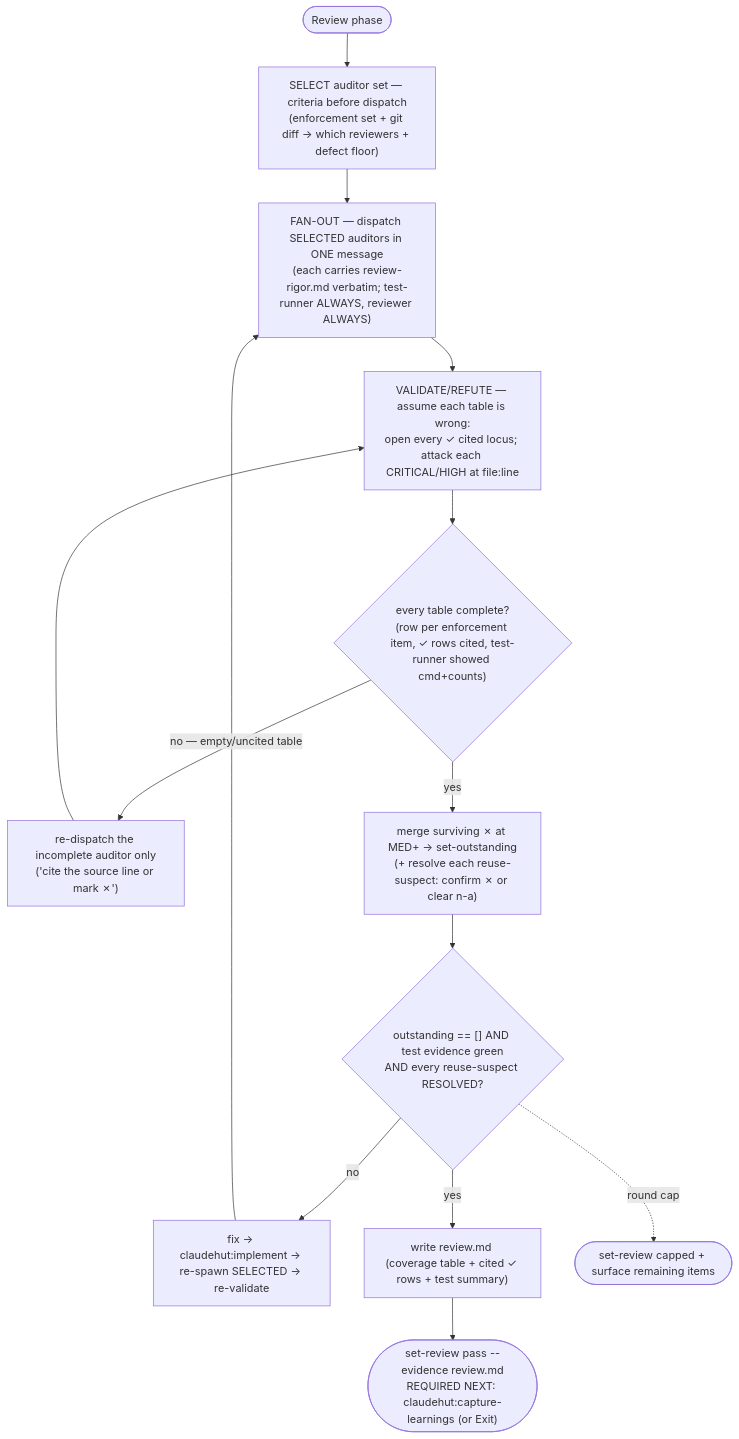
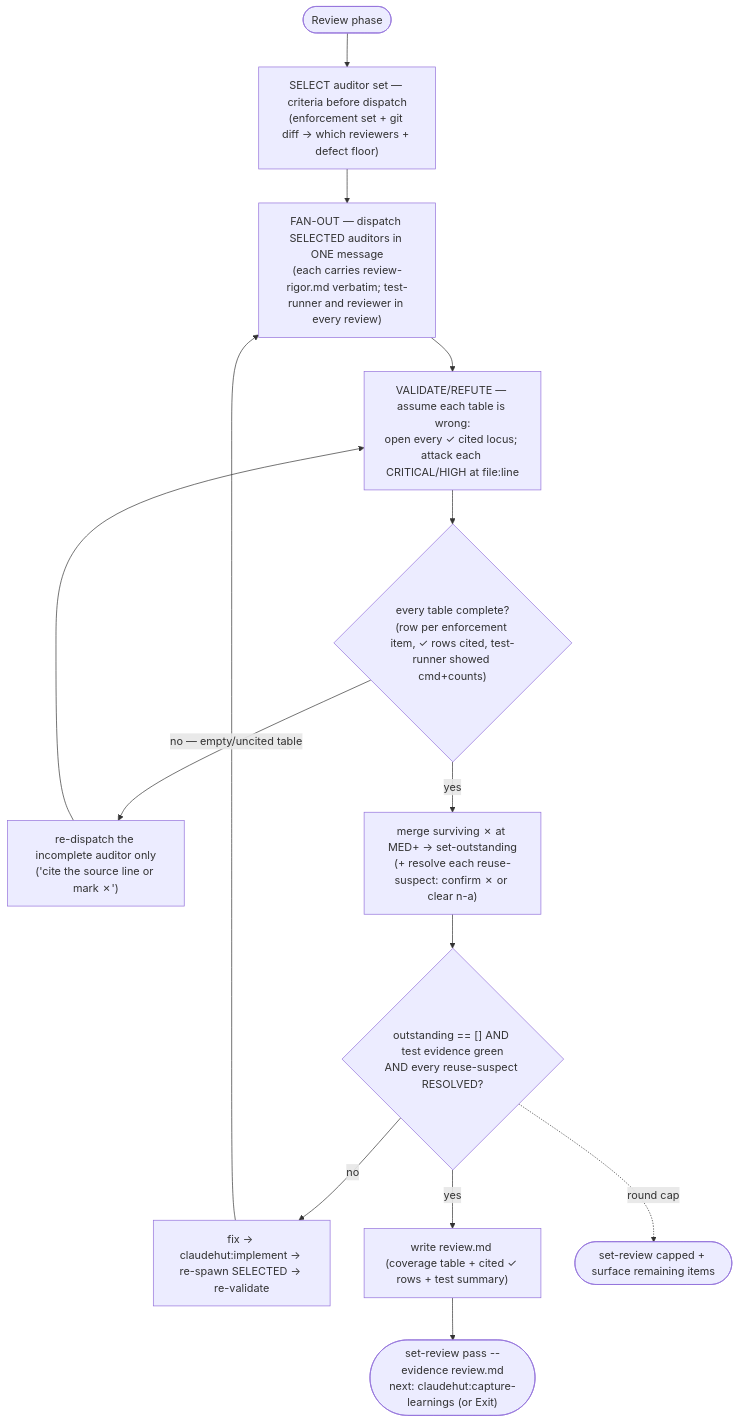
Before and after one commit to taipt1504/claudehut: the diagram in skills/review/SKILL.md, drawn with Mermaid. The commit also changed other lines of this file and 51 other files, not shown here.

````diff
--- a/skills/review/SKILL.md
+++ b/skills/review/SKILL.md
@@ -32,16 +29,16 @@
 ```mermaid
 flowchart TB
     start([Review phase]) --> lock["SELECT auditor set — criteria before dispatch<br/>(enforcement set + git diff → which reviewers + defect floor)"]
-    lock --> fan["FAN-OUT — dispatch SELECTED auditors in ONE message<br/>(each carries review-rigor.md verbatim; test-runner ALWAYS, reviewer ALWAYS)"]
+    lock --> fan["FAN-OUT — dispatch SELECTED auditors in ONE message<br/>(each carries review-rigor.md verbatim; test-runner and reviewer in every review)"]
     fan --> crit["VALIDATE/REFUTE — assume each table is wrong:<br/>open every ✓ cited locus; attack each CRITICAL/HIGH at file:line"]
     crit --> complete{"every table complete?<br/>(row per enforcement item, ✓ rows cited, test-runner showed cmd+counts)"}
     complete -- "no — empty/uncited table" --> redis["re-dispatch the incomplete auditor only<br/>('cite the source line or mark ✗')"]
     redis --> crit
     complete -- "yes" --> merge["merge surviving ✗ at MED+ → set-outstanding<br/>(+ resolve each reuse-suspect: confirm ✗ or clear n-a)"]
     merge --> conv{"outstanding == [] AND test evidence green<br/>AND every reuse-suspect RESOLVED?"}
     conv -- "no" --> fix["fix → claudehut:implement → re-spawn SELECTED → re-validate"]
     fix --> fan
     conv -- "yes" --> rec["write review.md (coverage table + cited ✓ rows + test summary)"]
-    rec --> pass(["set-review pass --evidence review.md<br/>REQUIRED NEXT: claudehut:capture-learnings (or Exit)"])
+    rec --> pass(["set-review pass --evidence review.md<br/>next: claudehut:capture-learnings (or Exit)"])
     conv -. "round cap" .-> capped(["set-review capped + surface remaining items"])
 ```
````
